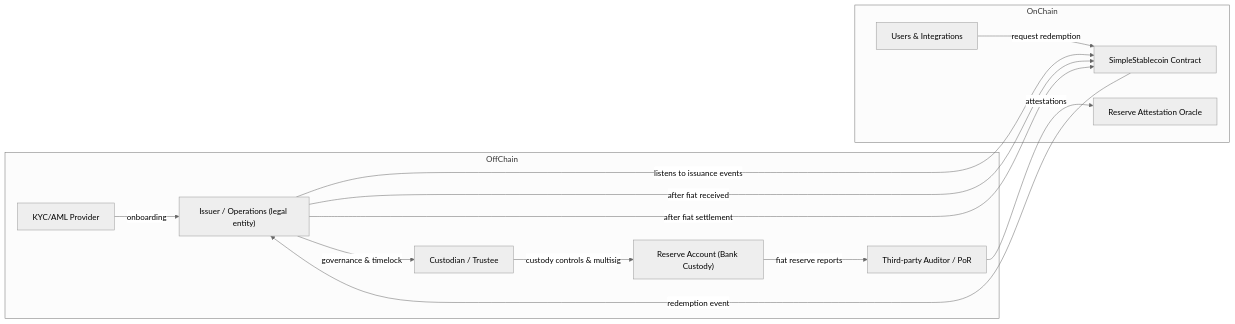
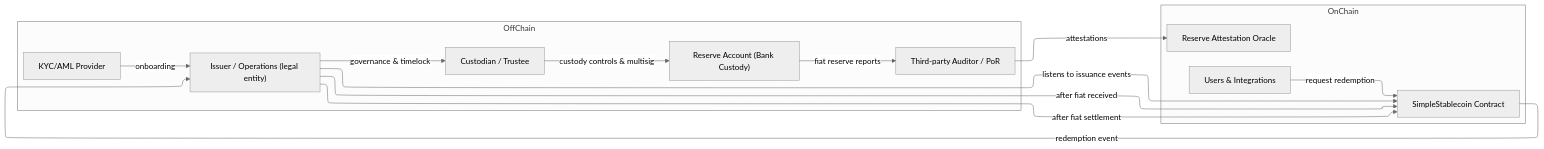
One commit to SaeedRafay/micar-aware-stablecoin-system changed the diagram in ARCHITECTURE.md. Above: the diagram before and after it, drawn with Mermaid (neutral theme). The commit also changed 1 other file, not shown here.

Commit message:
markdown files updated

````diff
--- a/ARCHITECTURE.md
+++ b/ARCHITECTURE.md
@@ -70,27 +70,31 @@
 ```mermaid
+---
+config:
+  layout: elk
+---
 flowchart LR
   subgraph OffChain
     BankCustody["Reserve Account (Bank Custody)"]
     Custodian["Custodian / Trustee"]
     IssuerOp["Issuer / Operations (legal entity)"]
     Auditor["Third-party Auditor / PoR"]
     KYC["KYC/AML Provider"]
   end
 
   subgraph OnChain
     Token["SimpleStablecoin Contract"]
     Oracles["Reserve Attestation Oracle"]
     Holders["Users & Integrations"]
   end
 
   BankCustody -- fiat reserve reports --> Auditor
   Auditor -- attestations --> Oracles
   IssuerOp -- listens to issuance events --> Token
   IssuerOp -- after fiat received --> Token
   Holders -- request redemption --> Token
   Token -- redemption event --> IssuerOp
   IssuerOp -- after fiat settlement --> Token
   KYC -- onboarding --> IssuerOp
   Custodian -- custody controls & multisig --> BankCustody
   IssuerOp -- governance & timelock --> Custodian
 ```
````
